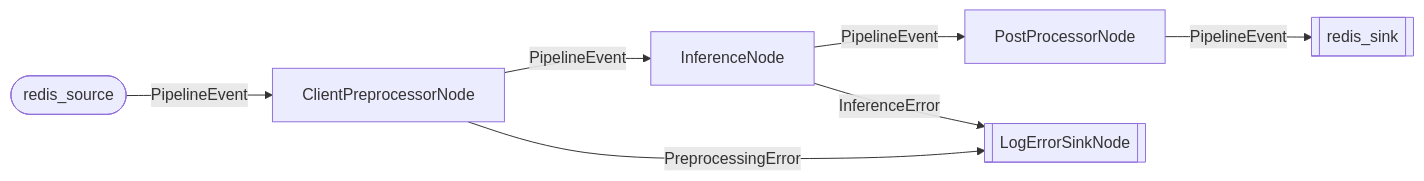
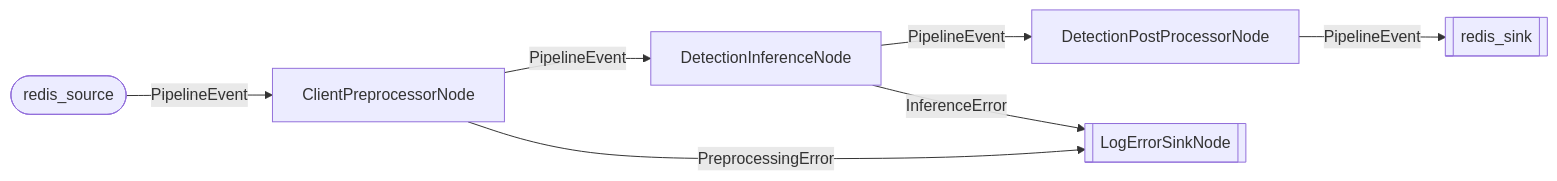
One commit to BuckanovNikita/triton-redis-connector changed the diagram in packages/triton_redis_connector/README.md. Above: the diagram before and after it, drawn with Mermaid. The commit also changed other lines of this file and 12 other files, not shown here.

````diff
--- a/packages/triton_redis_connector/README.md
+++ b/packages/triton_redis_connector/README.md
@@ -113,16 +113,16 @@
 ```mermaid
 graph LR
     redis_source([redis_source])
     preprocessor[ClientPreprocessorNode]
-    inference[InferenceNode]
-    postprocessor[PostProcessorNode]
+    inference[DetectionInferenceNode]
+    postprocessor[DetectionPostProcessorNode]
     error_sink[[LogErrorSinkNode]]
     redis_sink[[redis_sink]]
 
     redis_source -->|PipelineEvent| preprocessor
     preprocessor -->|PipelineEvent| inference
     preprocessor -->|PreprocessingError| error_sink
     inference -->|PipelineEvent| postprocessor
     inference -->|InferenceError| error_sink
     postprocessor -->|PipelineEvent| redis_sink
 ```
````
